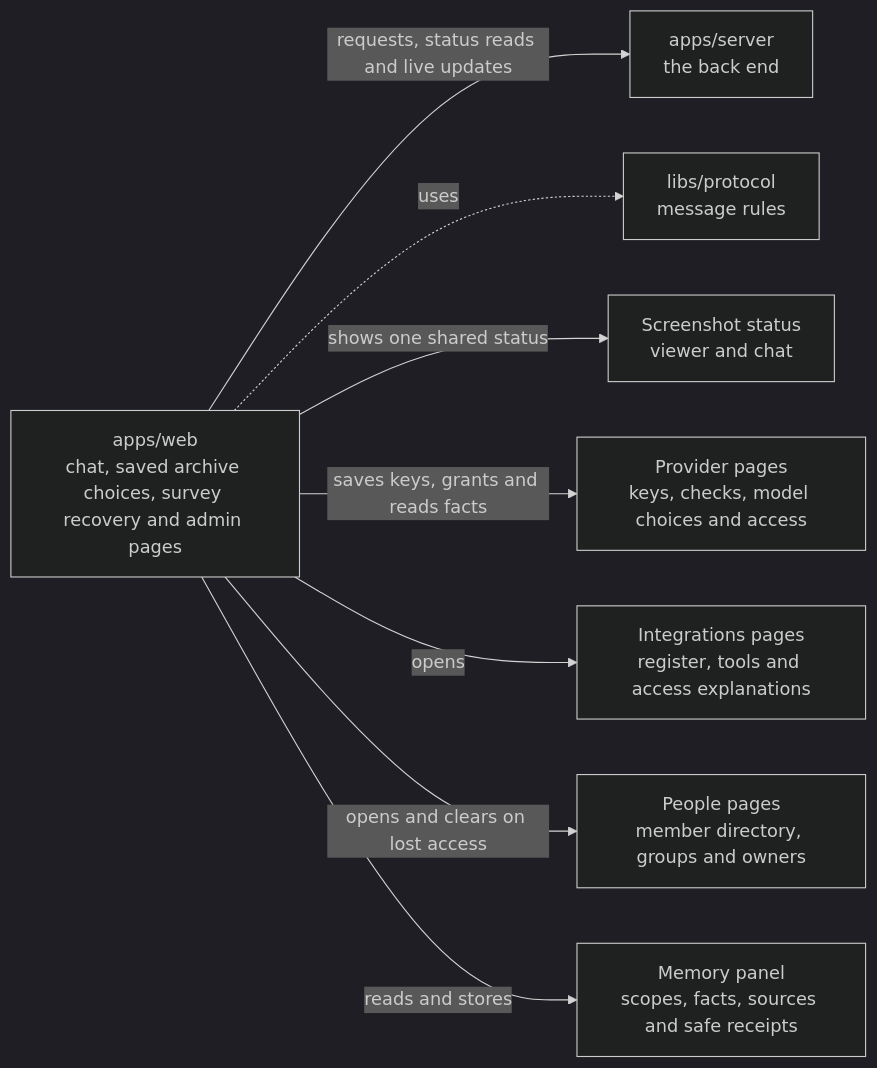
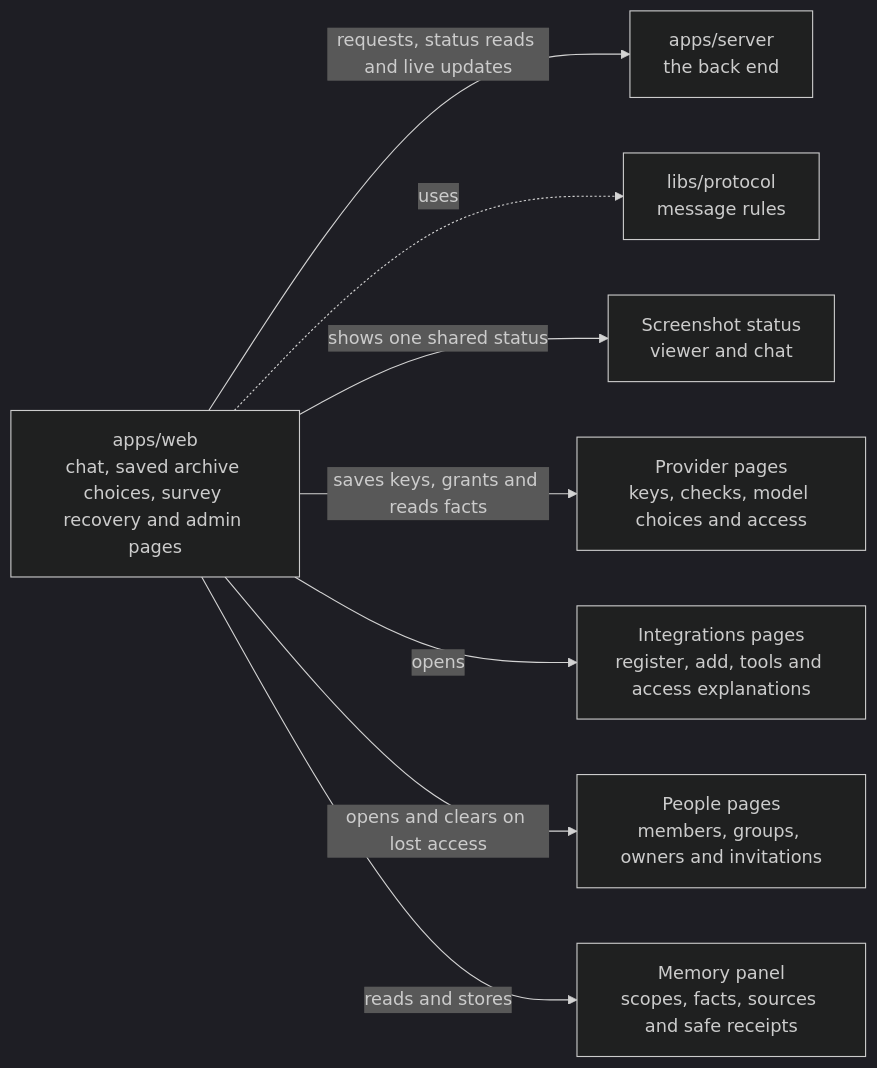
Before and after one commit to elewa-git/opencrane-new: the diagram in apps/web/README.md, drawn with Mermaid (dark theme). The commit also changed other lines of this file and 23 other files, not shown here.

````diff
--- a/apps/web/README.md
+++ b/apps/web/README.md
@@ -11,10 +11,10 @@
 ```mermaid
 flowchart LR
   web["apps/web<br/>chat, saved archive choices, survey recovery and admin pages"] -->|requests, status reads and live updates| server["apps/server<br/>the back end"]
   web -.->|uses| protocol["libs/protocol<br/>message rules"]
   web -->|shows one shared status| capture["Screenshot status<br/>viewer and chat"]
   web -->|saves keys, grants and reads facts| providers["Provider pages<br/>keys, checks, model choices and access"]
-  web -->|opens| integrations["Integrations pages<br/>register, tools and access explanations"]
-  web -->|opens and clears on lost access| people["People pages<br/>member directory, groups and owners"]
+  web -->|opens| integrations["Integrations pages<br/>register, add, tools and access explanations"]
+  web -->|opens and clears on lost access| people["People pages<br/>members, groups, owners and invitations"]
   web -->|reads and stores| memory["Memory panel<br/>scopes, facts, sources and safe receipts"]
 ```
````
